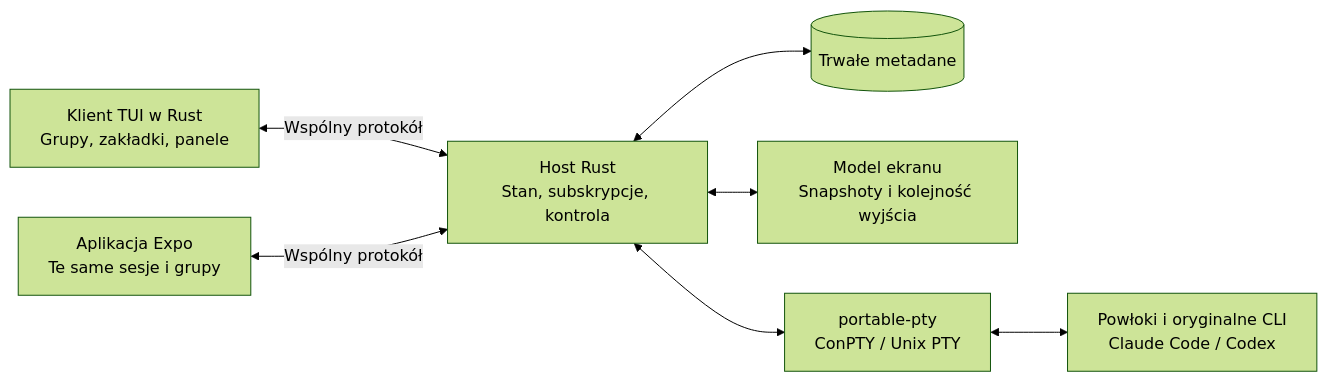
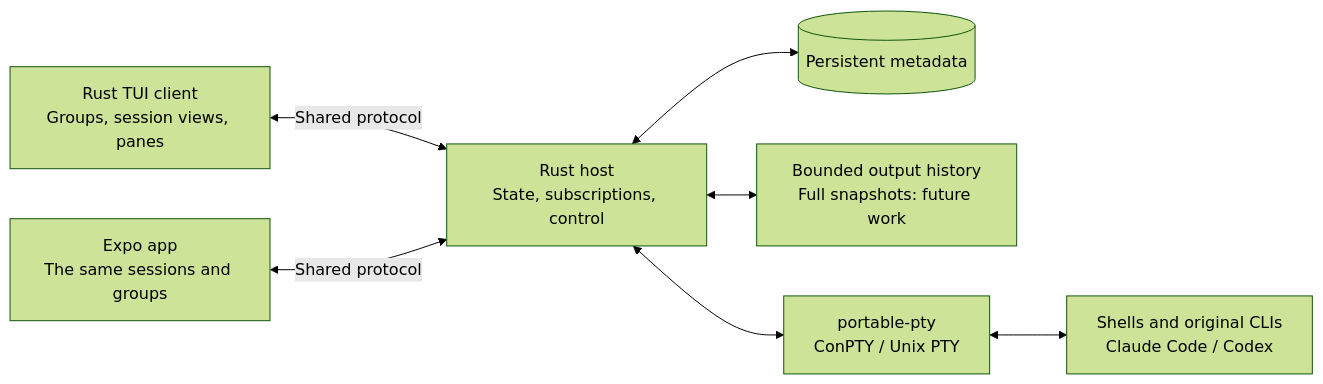
The diagram in docs/terminal-client.md (dkveil/nesvo), drawn with Mermaid (forest theme) before and after one commit. The commit also changed other lines of this file and 66 other files, not shown here.

Commit message:
feat: add shared session groups and native nesvo terminal client

````diff
--- a/docs/terminal-client.md
+++ b/docs/terminal-client.md
@@ -13,16 +13,16 @@
 ```mermaid
 flowchart LR
-    TUI["Klient TUI w Rust<br/>Grupy, zakładki, panele"]
-    Mobile["Aplikacja Expo<br/>Te same sesje i grupy"]
-    Host["Host Rust<br/>Stan, subskrypcje, kontrola"]
-    Store[("Trwałe metadane")]
-    Screen["Model ekranu<br/>Snapshoty i kolejność wyjścia"]
+    TUI["Rust TUI client<br/>Groups, session views, panes"]
+    Mobile["Expo app<br/>The same sessions and groups"]
+    Host["Rust host<br/>State, subscriptions, control"]
+    Store[("Persistent metadata")]
+    Screen["Bounded output history<br/>Full snapshots: future work"]
     PTY["portable-pty<br/>ConPTY / Unix PTY"]
-    Shell["Powłoki i oryginalne CLI<br/>Claude Code / Codex"]
-    TUI <-->|"Wspólny protokół"| Host
-    Mobile <-->|"Wspólny protokół"| Host
+    Shell["Shells and original CLIs<br/>Claude Code / Codex"]
+    TUI <-->|"Shared protocol"| Host
+    Mobile <-->|"Shared protocol"| Host
     Host <--> Store
     Host <--> Screen
     Host <--> PTY
     PTY <--> Shell
 ```
````
